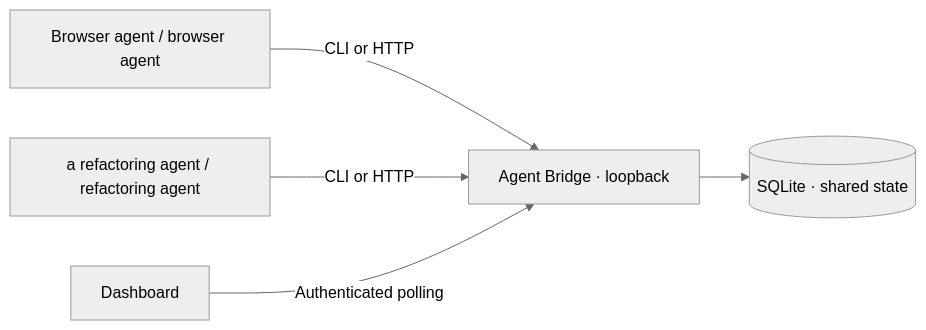
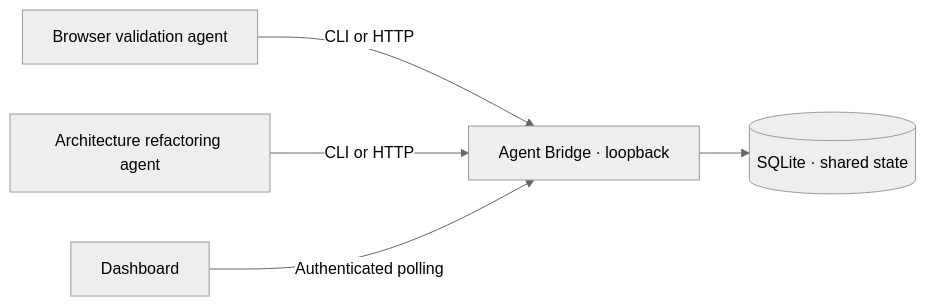
The diagram in README.md (dkmajumder/agent-bridge), drawn with Mermaid (neutral theme) before and after one commit. The commit also changed other lines of this file and 8 other files, not shown here.

````diff
--- a/README.md
+++ b/README.md
@@ -17,7 +17,7 @@
 ```mermaid
 flowchart LR
-  A[Browser agent / browser agent] -->|CLI or HTTP| B[Agent Bridge · loopback]
-  C[a refactoring agent / refactoring agent] -->|CLI or HTTP| B
+  A[Browser validation agent] -->|CLI or HTTP| B[Agent Bridge · loopback]
+  C[Architecture refactoring agent] -->|CLI or HTTP| B
   D[Dashboard] -->|Authenticated polling| B
   B --> E[(SQLite · shared state)]
 ```
````
